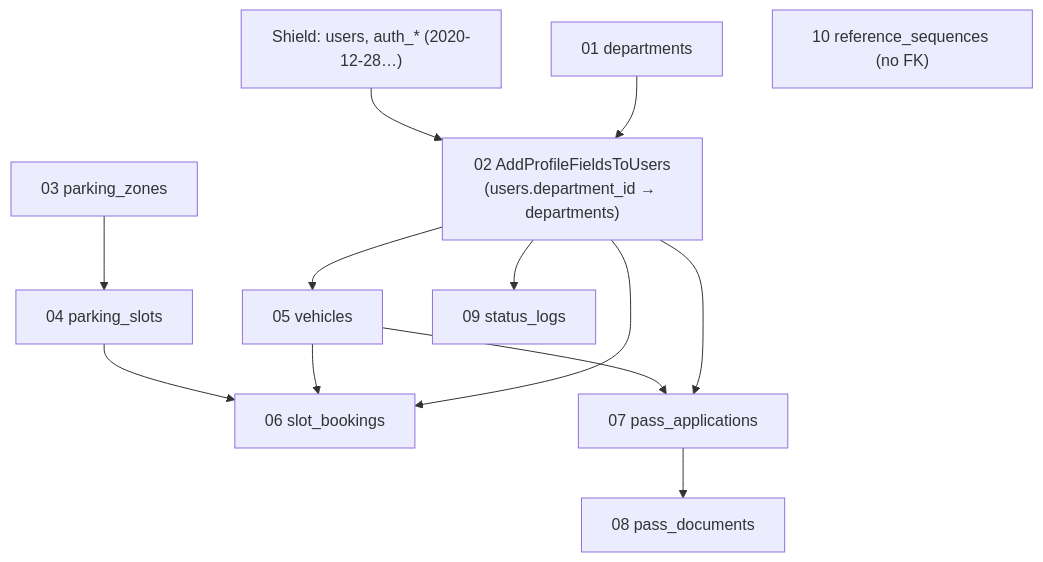
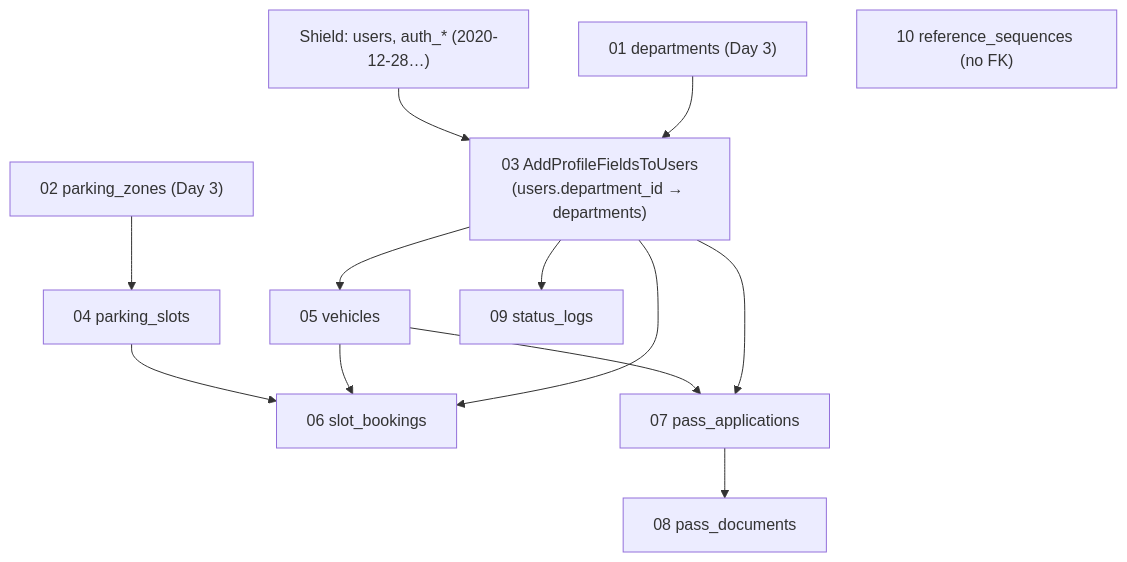
One commit to habibtalib/coach-codeigniter-10-hari-kkm-peserta changed the third of 4 diagrams in hari-4/README.en.md. Above: the diagram before and after it, drawn with Mermaid. The commit also changed other lines of this file and 73 other files, not shown here.

````diff
--- a/hari-4/README.en.md
+++ b/hari-4/README.en.md
@@ -331,15 +341,15 @@
 ```mermaid
 flowchart TD
     S["Shield: users, auth_* (2020-12-28…)"] --> U2
-    D["01 departments"] --> U2["02 AddProfileFieldsToUsers<br/>(users.department_id → departments)"]
-    Z["03 parking_zones"] --> PS["04 parking_slots"]
+    D["01 departments (Day 3)"] --> U2["03 AddProfileFieldsToUsers<br/>(users.department_id → departments)"]
+    Z["02 parking_zones (Day 3)"] --> PS["04 parking_slots"]
     U2 --> V["05 vehicles"]
     PS --> SB["06 slot_bookings"]
     V --> SB
     U2 --> SB
     V --> PA["07 pass_applications"]
     U2 --> PA
     PA --> PD["08 pass_documents"]
     U2 --> SL["09 status_logs"]
     RS["10 reference_sequences (no FK)"]
 ```
````
